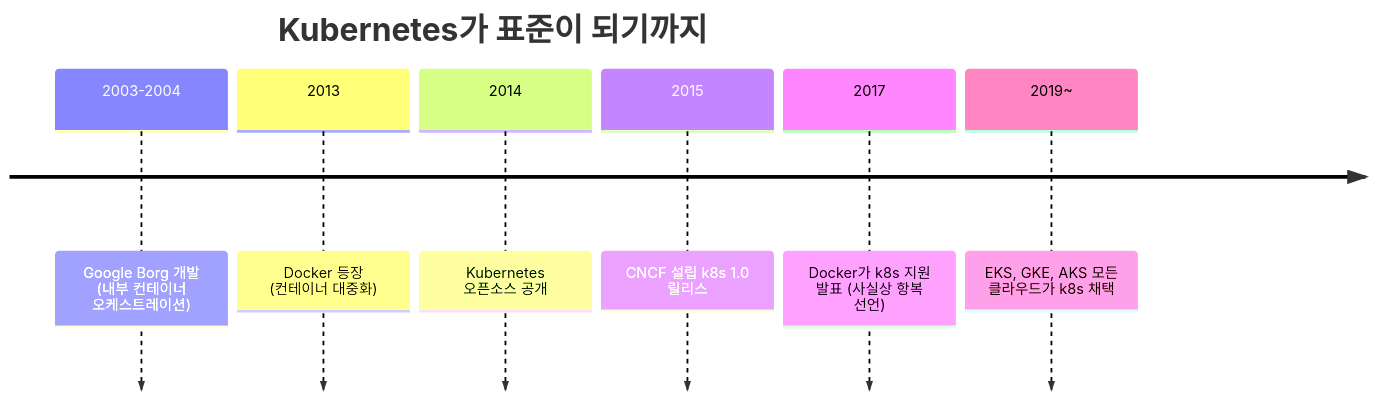
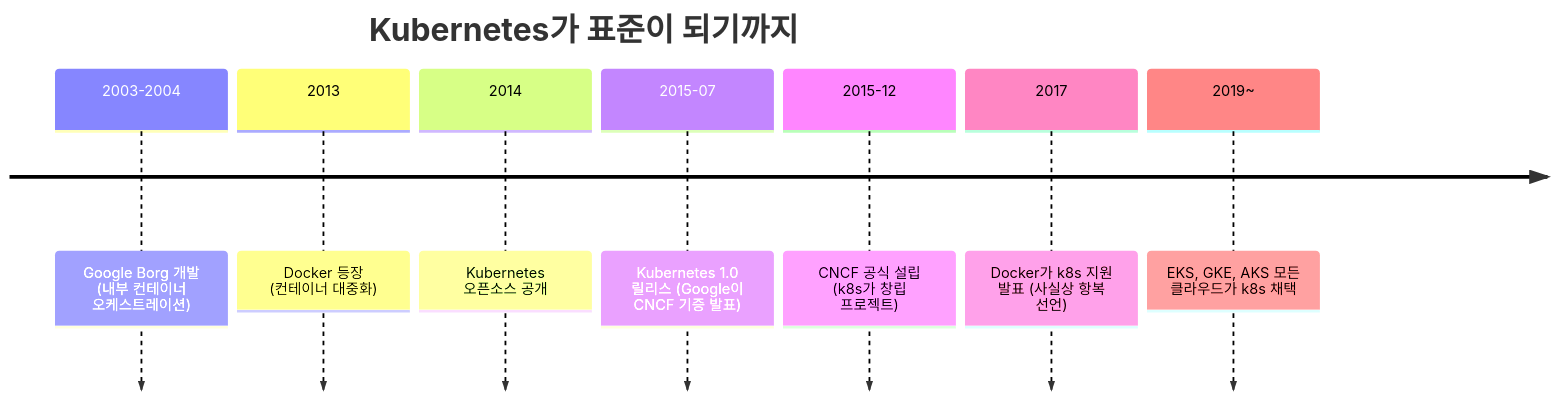
Before and after one commit to sskim91/TIL: the first of 6 diagrams in kubernetes/Kubernetes-Introduction.md, drawn with Mermaid. The commit also changed other lines of this file and 9 other files, not shown here.

````diff
--- a/kubernetes/Kubernetes-Introduction.md
+++ b/kubernetes/Kubernetes-Introduction.md
@@ -9,10 +9,11 @@
 ```mermaid
 timeline
     title Kubernetes가 표준이 되기까지
     2003-2004 : Google Borg 개발 (내부 컨테이너 오케스트레이션)
     2013 : Docker 등장 (컨테이너 대중화)
     2014 : Kubernetes 오픈소스 공개
-    2015 : CNCF 설립 k8s 1.0 릴리스
+    2015-07 : Kubernetes 1.0 릴리스 (Google이 CNCF 기증 발표)
+    2015-12 : CNCF 공식 설립 (k8s가 창립 프로젝트)
     2017 : Docker가 k8s 지원 발표 (사실상 항복 선언)
     2019~ : EKS, GKE, AKS 모든 클라우드가 k8s 채택
 ```
````
